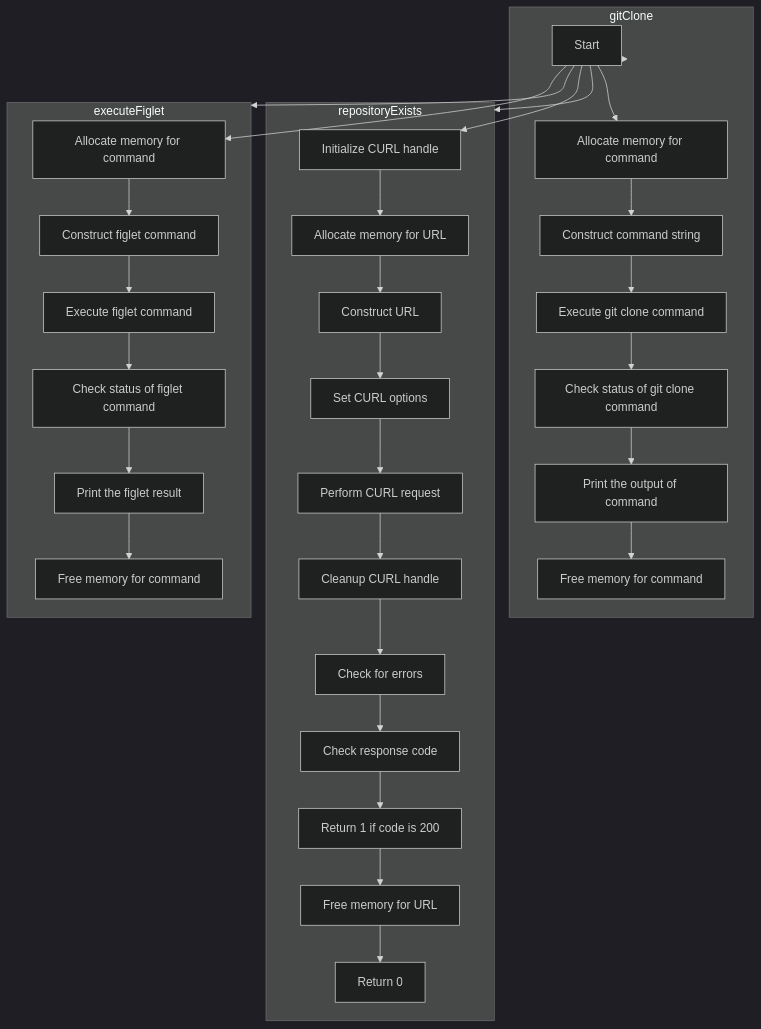
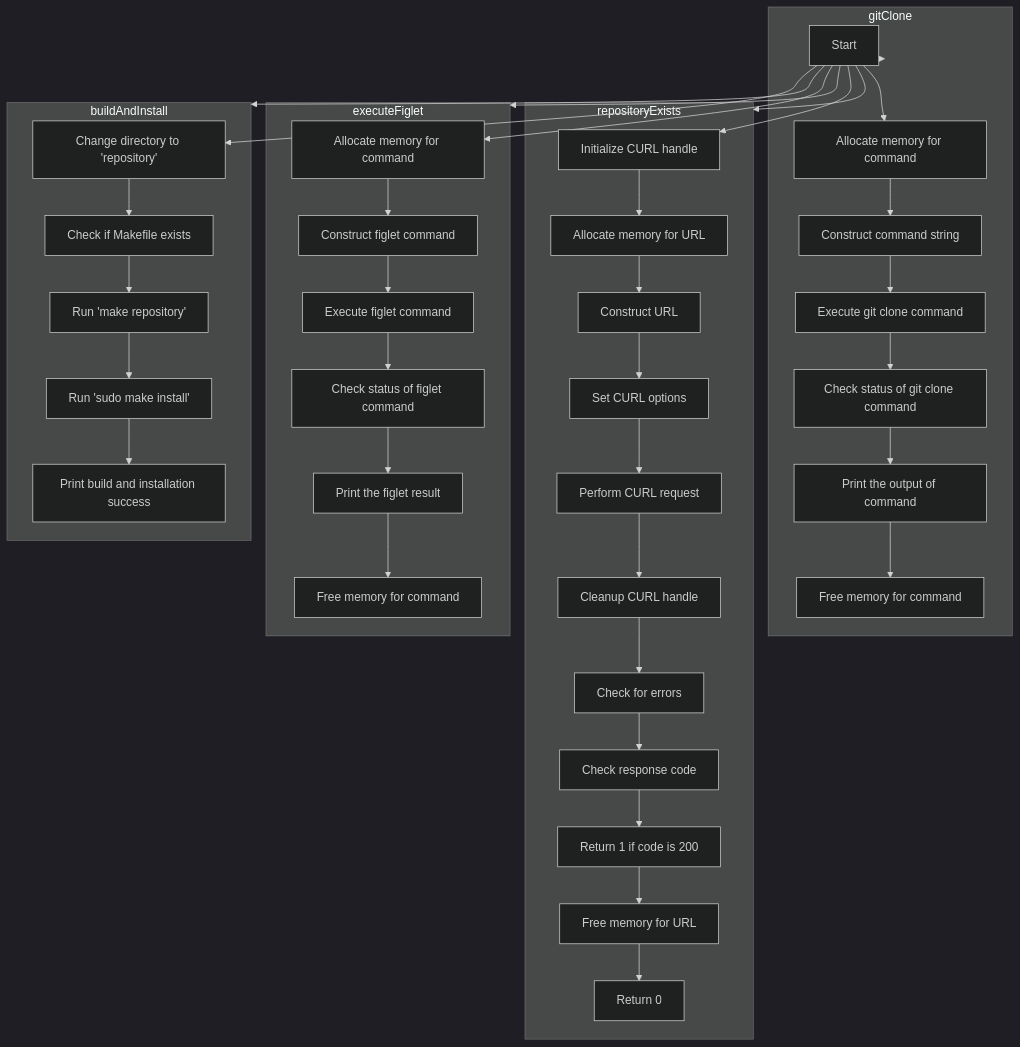
The diagram in README.md (B-Consortium/aitshal), drawn with Mermaid (dark theme) before and after one commit.

Commit message:
Update README.md to reflect the updates

````diff
--- a/README.md
+++ b/README.md
@@ -8,39 +8,48 @@
 ```mermaid
 flowchart TD
 
     subgraph gitClone
     start[Start] --> allocateMem[Allocate memory for command]
     allocateMem --> constructCmd[Construct command string]
     constructCmd --> executeCmd[Execute git clone command]
     executeCmd --> checkStatus[Check status of git clone command]
     checkStatus --> printMessage[Print the output of command]
     printMessage --> freeMem[Free memory for command]
     end
 
     subgraph repositoryExists
     start --> initializeCurl[Initialize CURL handle]
     initializeCurl --> allocateURLMem[Allocate memory for URL]
     allocateURLMem --> constructURL[Construct URL]
     constructURL --> setOptions[Set CURL options]
     setOptions --> performRequest[Perform CURL request]
     performRequest --> cleanupCurl[Cleanup CURL handle]
     cleanupCurl --> checkErrors[Check for errors]
     checkErrors --> checkResponseCode[Check response code]
     checkResponseCode --> return1[Return 1 if code is 200]
     return1 --> freeURLMem[Free memory for URL]
     freeURLMem --> return0[Return 0]
     end
 
     subgraph executeFiglet
     start --> allocateCmdMem[Allocate memory for command]
     allocateCmdMem --> constructFigletCmd[Construct figlet command]
     constructFigletCmd --> executeFigletCmd[Execute figlet command]
     executeFigletCmd --> checkFigletStatus[Check status of figlet command]
     checkFigletStatus --> printFigletMessage[Print the figlet result]
     printFigletMessage --> freeCmdMem[Free memory for command]
     end
 
+    subgraph buildAndInstall
+    start --> changeDir[Change directory to 'repository']
+    changeDir --> checkMakefile[Check if Makefile exists]
+    checkMakefile --> runMake[Run 'make repository']
+    runMake --> runSudoMakeInstall[Run 'sudo make install']
+    runSudoMakeInstall --> printSuccess[Print build and installation success]
+    end
+
 start --> gitClone
 start --> repositoryExists
 start --> executeFiglet
+start -->buildAndInstall
 ```
````
